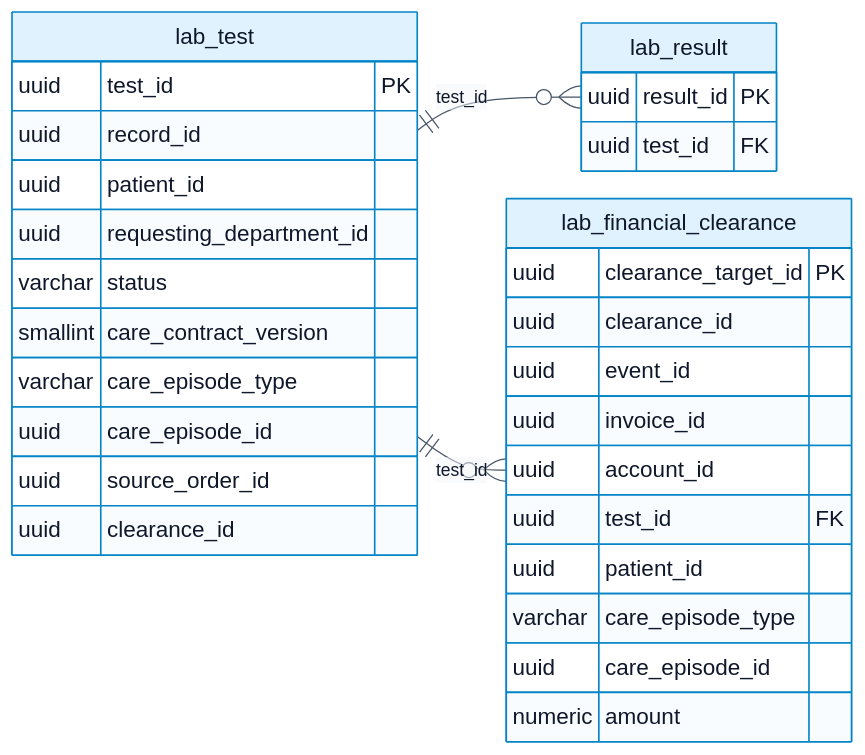
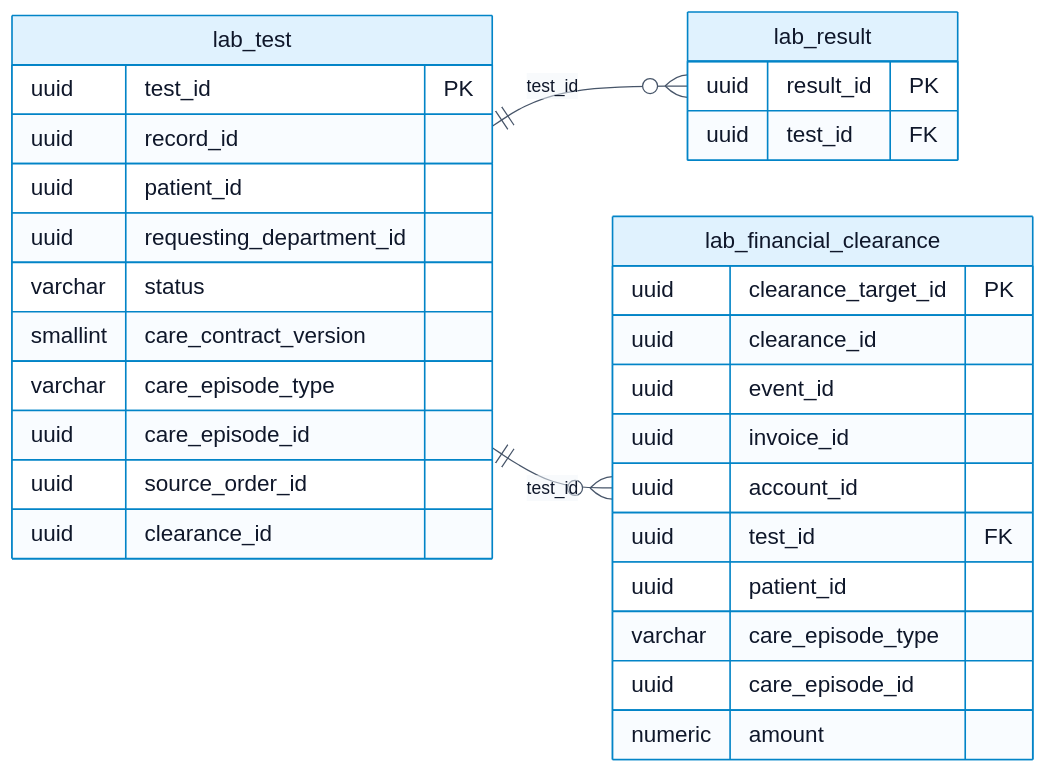
One commit to Dangvinh77/MediFlow changed the diagram in docs/monitor_proj_progress/02-giai-doan-2-thiet-ke-giao-dien-tieu-chuan/review-2/word-compact/landscape/mermaid/18-en.mmd. Above: the diagram before and after it, drawn with Mermaid. The commit also changed 593 other files, not shown here.

Commit message:
docs(review2): fix Word diagram exports and orientation layouts

```diff
--- a/docs/monitor_proj_progress/02-giai-doan-2-thiet-ke-giao-dien-tieu-chuan/review-2/word-compact/landscape/mermaid/18-en.mmd
+++ b/docs/monitor_proj_progress/02-giai-doan-2-thiet-ke-giao-dien-tieu-chuan/review-2/word-compact/landscape/mermaid/18-en.mmd
@@ -1,33 +1,33 @@
-%%{init: {"theme": "base", "securityLevel": "loose", "fontFamily": "Arial, sans-serif", "themeVariables": {"primaryColor": "#e0f2fe", "primaryTextColor": "#0f172a", "primaryBorderColor": "#0284c7", "lineColor": "#475569", "secondaryColor": "#ccfbf1", "tertiaryColor": "#f1f5f9", "background": "#ffffff", "mainBkg": "#e0f2fe", "nodeBorder": "#0284c7", "clusterBkg": "#f8fafc", "clusterBorder": "#94a3b8", "actorBkg": "#e0f2fe", "actorBorder": "#0284c7", "actorTextColor": "#0f172a", "signalColor": "#475569", "signalTextColor": "#0f172a", "labelBoxBkgColor": "#f1f5f9", "labelBoxBorderColor": "#94a3b8", "activationBkgColor": "#ccfbf1", "activationBorderColor": "#0f766e", "sequenceNumberColor": "#ffffff", "attributeBackgroundColorOdd": "#ffffff", "attributeBackgroundColorEven": "#f0f9ff", "fontSize": "18px"}, "flowchart": {"htmlLabels": true, "curve": "basis", "nodeSpacing": 16, "rankSpacing": 28, "padding": 8, "diagramPadding": 8, "wrappingWidth": 420}, "sequence": {"useMaxWidth": true, "wrap": true, "actorMargin": 22, "width": 125, "height": 45, "boxMargin": 6, "boxTextMargin": 4, "noteMargin": 7, "messageMargin": 20, "diagramMarginX": 8, "diagramMarginY": 8, "mirrorActors": false, "actorFontSize": 17, "messageFontSize": 16, "noteFontSize": 15, "wrapPadding": 6}, "er": {"useMaxWidth": true, "nodeSpacing": 22, "rankSpacing": 30, "diagramPadding": 8, "entityPadding": 10, "fontSize": 17}, "themeCSS": ".nodeLabel img { display:inline-block!important; width:28px!important; height:28px!important; vertical-align:middle!important; } .nodeLabel p { margin:0; }", "class": {"diagramPadding": 8, "nodeSpacing": 20, "rankSpacing": 30}}}%%
+%%{init: {"theme": "base", "securityLevel": "loose", "fontFamily": "Arial, sans-serif", "themeVariables": {"primaryColor": "#e0f2fe", "primaryTextColor": "#0f172a", "primaryBorderColor": "#0284c7", "lineColor": "#475569", "secondaryColor": "#ccfbf1", "tertiaryColor": "#f1f5f9", "background": "#ffffff", "mainBkg": "#e0f2fe", "nodeBorder": "#0284c7", "clusterBkg": "#f8fafc", "clusterBorder": "#94a3b8", "actorBkg": "#e0f2fe", "actorBorder": "#0284c7", "actorTextColor": "#0f172a", "signalColor": "#475569", "signalTextColor": "#0f172a", "labelBoxBkgColor": "#f1f5f9", "labelBoxBorderColor": "#94a3b8", "activationBkgColor": "#ccfbf1", "activationBorderColor": "#0f766e", "sequenceNumberColor": "#ffffff", "attributeBackgroundColorOdd": "#ffffff", "attributeBackgroundColorEven": "#f0f9ff", "fontSize": "18px"}, "flowchart": {"htmlLabels": true, "curve": "basis", "nodeSpacing": 36, "rankSpacing": 48, "padding": 12, "diagramPadding": 24, "wrappingWidth": 420, "subGraphTitleMargin": {"top": 10, "bottom": 32}}, "sequence": {"useMaxWidth": true, "wrap": true, "actorMargin": 65, "width": 210, "height": 55, "boxMargin": 14, "boxTextMargin": 8, "noteMargin": 16, "messageMargin": 24, "diagramMarginX": 24, "diagramMarginY": 24, "mirrorActors": true, "actorFontSize": 17, "messageFontSize": 16, "noteFontSize": 16, "wrapPadding": 10}, "er": {"useMaxWidth": true, "nodeSpacing": 45, "rankSpacing": 55, "diagramPadding": 24, "entityPadding": 10, "fontSize": 17}, "themeCSS": ".nodeLabel img { display:inline-block!important; width:28px!important; height:28px!important; vertical-align:middle!important; } .nodeLabel p { margin:0; }", "class": {"diagramPadding": 24, "nodeSpacing": 32, "rankSpacing": 45}}}%%
 erDiagram
  direction LR
  lab_test {
   uuid test_id PK
   uuid record_id
   uuid patient_id
   uuid requesting_department_id
   varchar status
   smallint care_contract_version
   varchar care_episode_type
   uuid care_episode_id
   uuid source_order_id
   uuid clearance_id
  }
  lab_result {
   uuid result_id PK
   uuid test_id FK
  }
  lab_financial_clearance {
   uuid clearance_target_id PK
   uuid clearance_id
   uuid event_id
   uuid invoice_id
   uuid account_id
   uuid test_id FK
   uuid patient_id
   varchar care_episode_type
   uuid care_episode_id
   numeric amount
  }
  lab_test ||--o{ lab_result : "test_id"
  lab_test ||--o{ lab_financial_clearance : "test_id"
```
